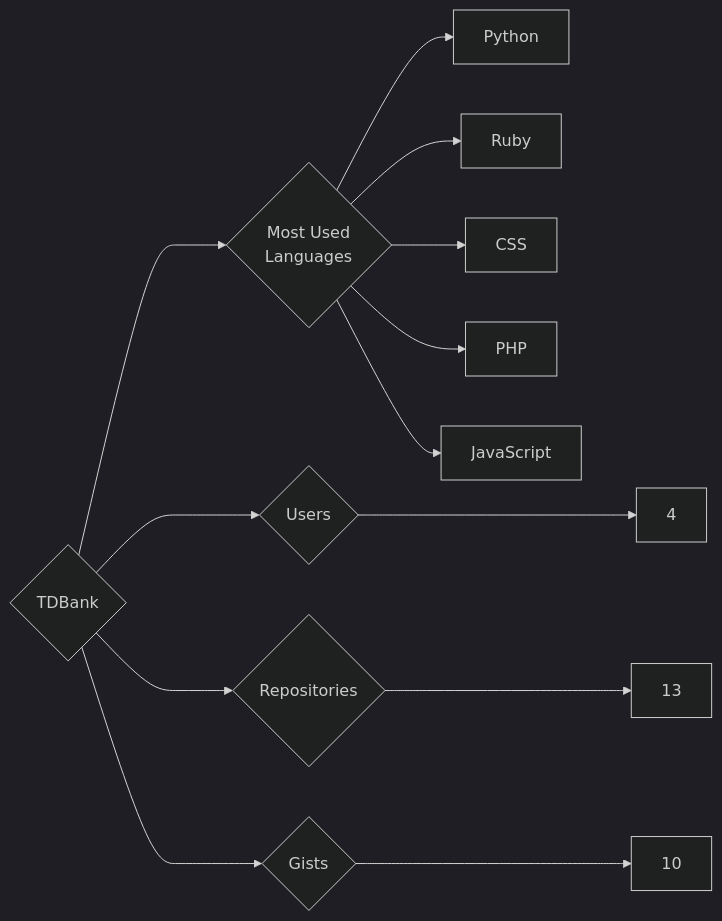
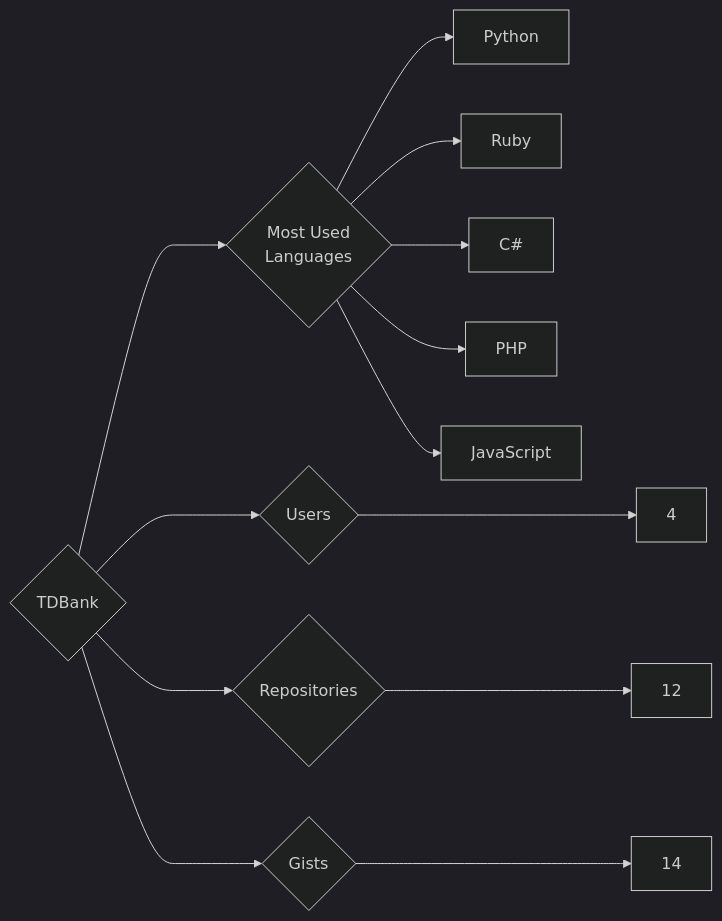
Before and after one commit to trickest/insiders: the diagram in targets/TDBank/README.md, drawn with Mermaid (dark theme). The commit also changed 1496 other files, not shown here.

````diff
--- a/targets/TDBank/README.md
+++ b/targets/TDBank/README.md
@@ -3,13 +3,13 @@
 ```mermaid
 graph LR
 COMPANY_NAME{TDBank}
 COMPANY_NAME ---> U{Users} ---> UN[4]
-COMPANY_NAME ---> R{Repositories} ---> RN[13]
-COMPANY_NAME ---> G{Gists} ---> GN[10]
+COMPANY_NAME ---> R{Repositories} ---> RN[12]
+COMPANY_NAME ---> G{Gists} ---> GN[14]
 COMPANY_NAME ---> ML{Most Used<br>Languages}
 ML --> Python[Python]
 ML --> Ruby[Ruby]
-ML --> CSS[CSS]
+ML --> C#[C#]
 ML --> PHP[PHP]
 ML --> JavaScript[JavaScript]
 ```
````
